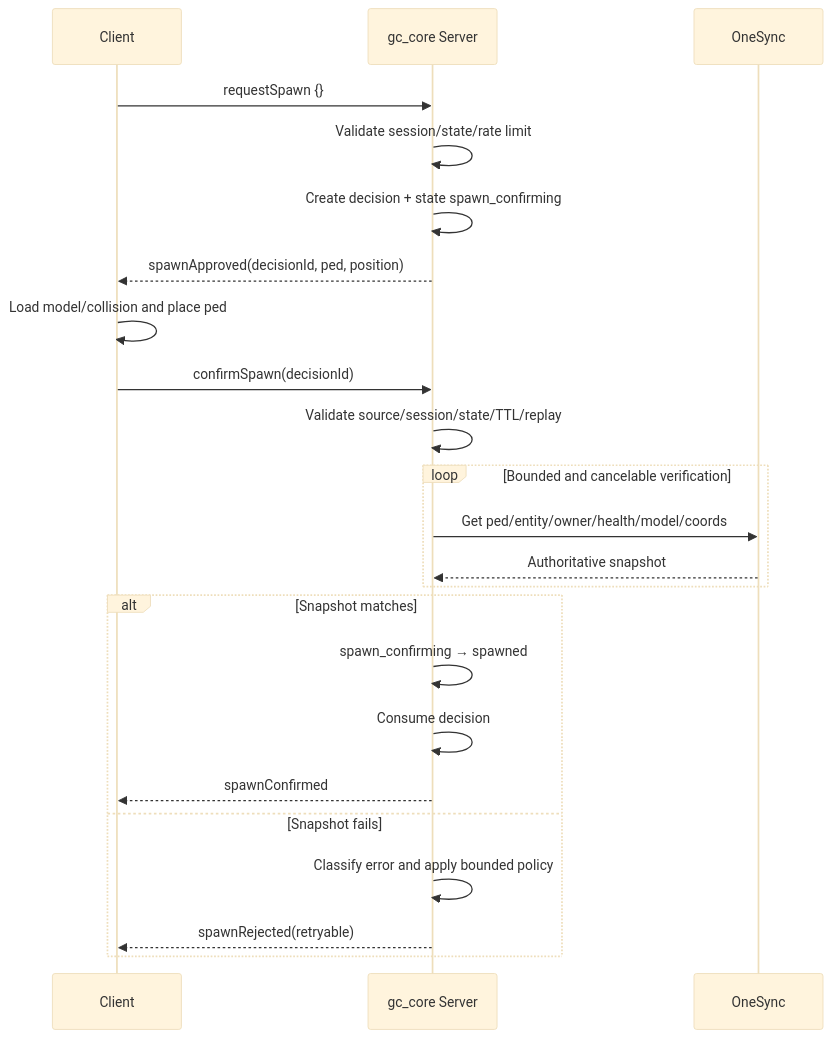
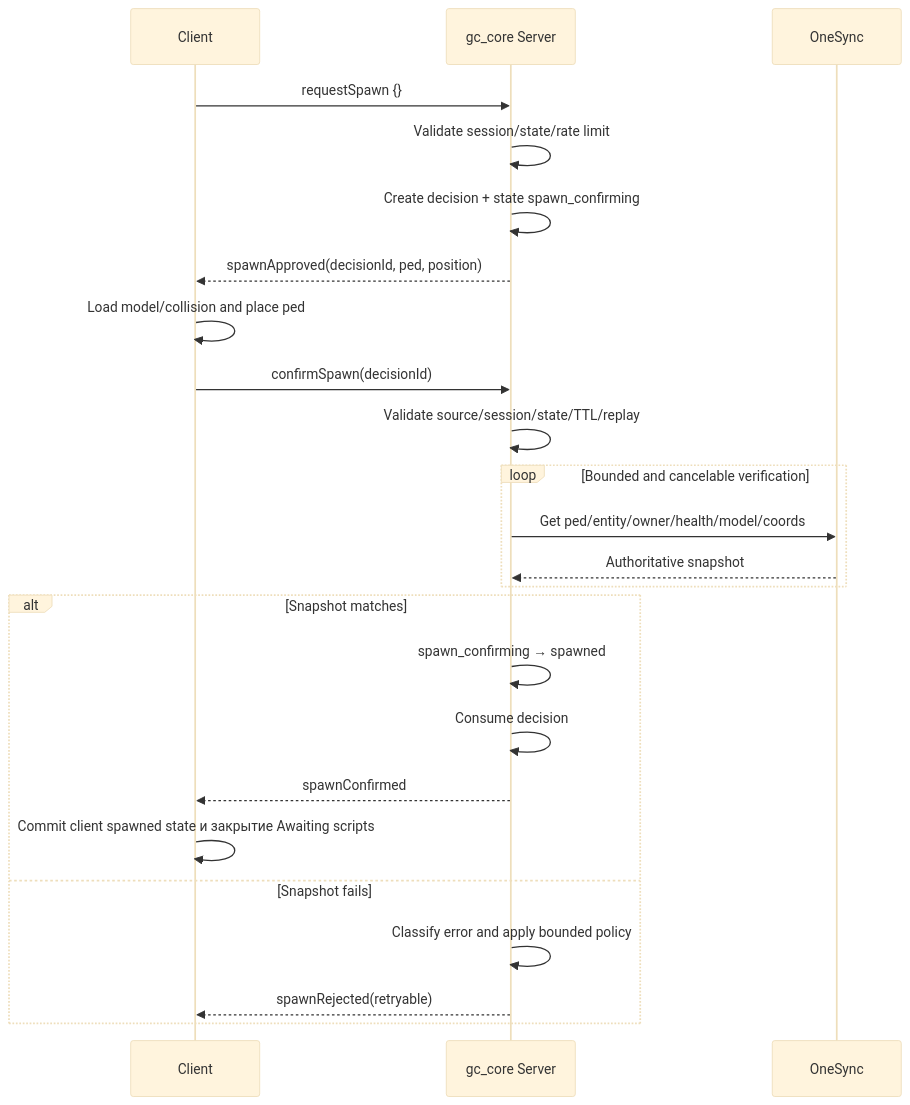
One commit to chel38/GCore changed the diagram in docs/ru/07-spawn-flow.md. Above: the diagram before and after it, drawn with Mermaid (base theme). The commit also changed other lines of this file and 25 other files, not shown here.

````diff
--- a/docs/ru/07-spawn-flow.md
+++ b/docs/ru/07-spawn-flow.md
@@ -11,25 +11,26 @@
 ```mermaid
 sequenceDiagram
     participant C as Client
     participant S as gc_core Server
     participant O as OneSync
     C->>S: requestSpawn {}
     S->>S: Validate session/state/rate limit
     S->>S: Create decision + state spawn_confirming
     S-->>C: spawnApproved(decisionId, ped, position)
     C->>C: Load model/collision and place ped
     C->>S: confirmSpawn(decisionId)
     S->>S: Validate source/session/state/TTL/replay
     loop Bounded and cancelable verification
         S->>O: Get ped/entity/owner/health/model/coords
         O-->>S: Authoritative snapshot
     end
     alt Snapshot matches
         S->>S: spawn_confirming → spawned
         S->>S: Consume decision
         S-->>C: spawnConfirmed
+        C->>C: Commit client spawned state и закрытие Awaiting scripts
     else Snapshot fails
         S->>S: Classify error and apply bounded policy
         S-->>C: spawnRejected(retryable)
     end
 ```
````
